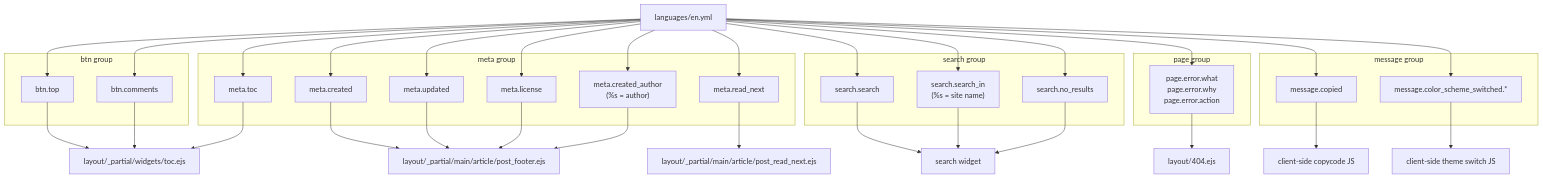
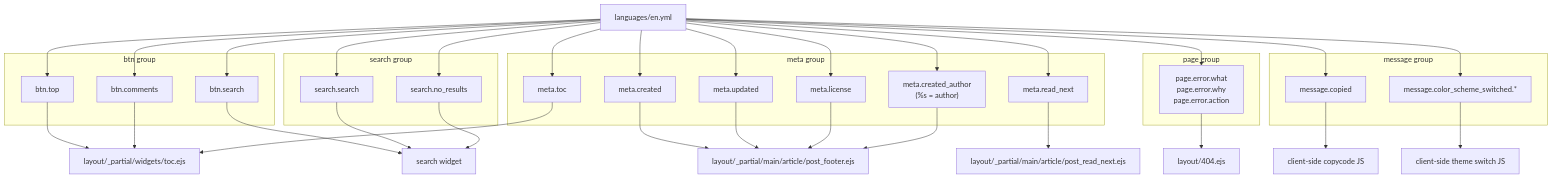
Before and after one commit to xaoxuu/hexo-theme-stellar: the fourth of 4 diagrams in docs/knowledge/08-本地化/localization.md, drawn with Mermaid. The commit also changed other lines of this file and 18 other files, not shown here.

````diff
--- a/docs/knowledge/08-本地化/localization.md
+++ b/docs/knowledge/08-本地化/localization.md
@@ -322,63 +324,63 @@
 ```mermaid
 flowchart TD
   en["languages/en.yml"]
 
   subgraph "btn group"
     btntop["btn.top"]
     btncomments["btn.comments"]
+    btnsearch["btn.search"]
   end
 
   subgraph "meta group"
     metatoc["meta.toc"]
     metacreated["meta.created"]
     metaupdated["meta.updated"]
     metalicense["meta.license"]
     metareadnext["meta.read_next"]
     metacreatedauthor["meta.created_author\n(%s = author)"]
   end
 
   subgraph "search group"
     searchsearch["search.search"]
-    searchin["search.search_in\n(%s = site name)"]
     searchnoresults["search.no_results"]
   end
 
   subgraph "page group"
     pageerror["page.error.what\npage.error.why\npage.error.action"]
   end
 
   subgraph "message group"
     msgcopied["message.copied"]
     msgtheme["message.color_scheme_switched.*"]
   end
 
   en --> btntop
   en --> btncomments
+  en --> btnsearch
   en --> metatoc
   en --> metacreated
   en --> metaupdated
   en --> metalicense
   en --> metareadnext
   en --> metacreatedauthor
   en --> searchsearch
-  en --> searchin
   en --> searchnoresults
   en --> pageerror
   en --> msgcopied
   en --> msgtheme
 
   btntop --> toc["layout/_partial/widgets/toc.ejs"]
   btncomments --> toc
+  btnsearch --> search_ui["search widget"]
   metatoc --> toc
   metacreated --> article_footer["layout/_partial/main/article/post_footer.ejs"]
   metaupdated --> article_footer
   metalicense --> article_footer
   metacreatedauthor --> article_footer
   metareadnext --> read_next["layout/_partial/main/article/post_read_next.ejs"]
-  searchsearch --> search_ui["search widget"]
-  searchin --> search_ui
+  searchsearch --> search_ui
   searchnoresults --> search_ui
   pageerror --> error_page["layout/404.ejs"]
   msgcopied --> copycode["client-side copycode JS"]
   msgtheme --> theme_switch["client-side theme switch JS"]
 ```
````
